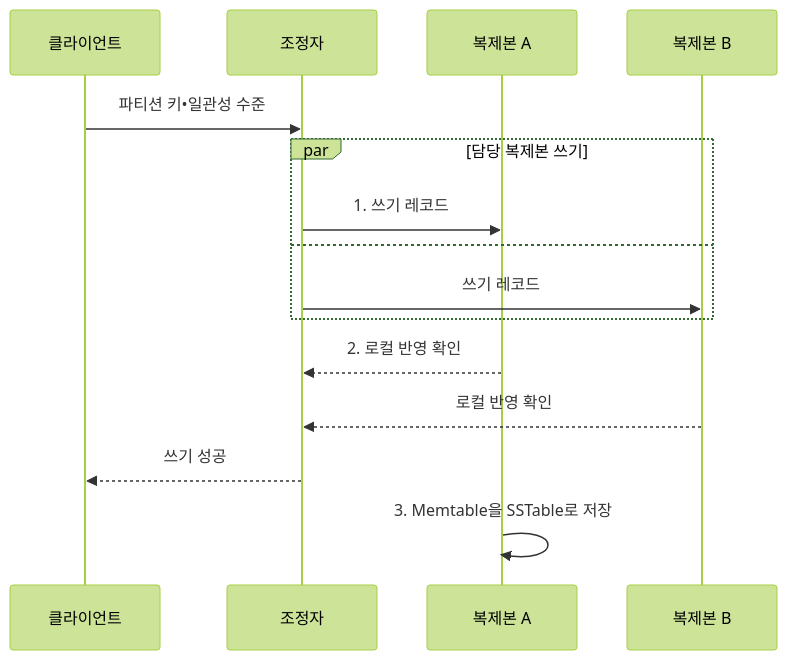
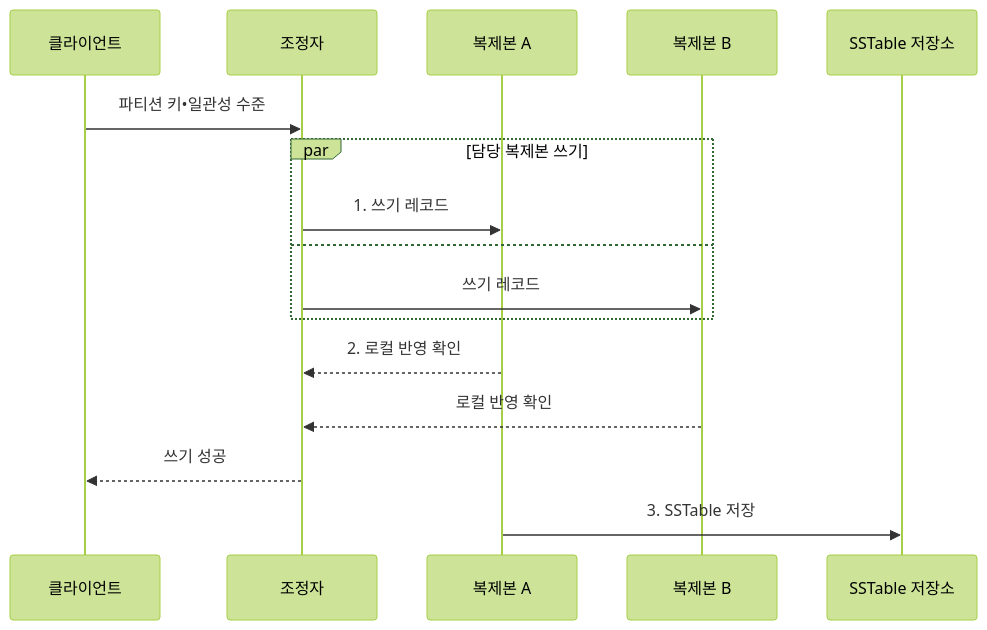
The second of 2 diagrams in src/content/docs/notes/03-software/108_cassandra_column_family.md (agnusdei1207/knowledge-base), drawn with Mermaid (forest theme) before and after one commit. The commit also changed other lines of this file and 13 other files, not shown here.

````diff
--- a/src/content/docs/notes/03-software/108_cassandra_column_family.md
+++ b/src/content/docs/notes/03-software/108_cassandra_column_family.md
@@ -108,17 +108,18 @@
 ```mermaid
 sequenceDiagram
     participant C as 클라이언트
     participant O as 조정자
     participant A as 복제본 A
     participant B as 복제본 B
+    participant S as SSTable 저장소
     C->>O: 파티션 키•일관성 수준
     par 담당 복제본 쓰기
         O->>A: 1. 쓰기 레코드
     and
         O->>B: 쓰기 레코드
     end
     A-->>O: 2. 로컬 반영 확인
     B-->>O: 로컬 반영 확인
     O-->>C: 쓰기 성공
-    A->>A: 3. Memtable을 SSTable로 저장
+    A->>S: 3. SSTable 저장
 ```
````
